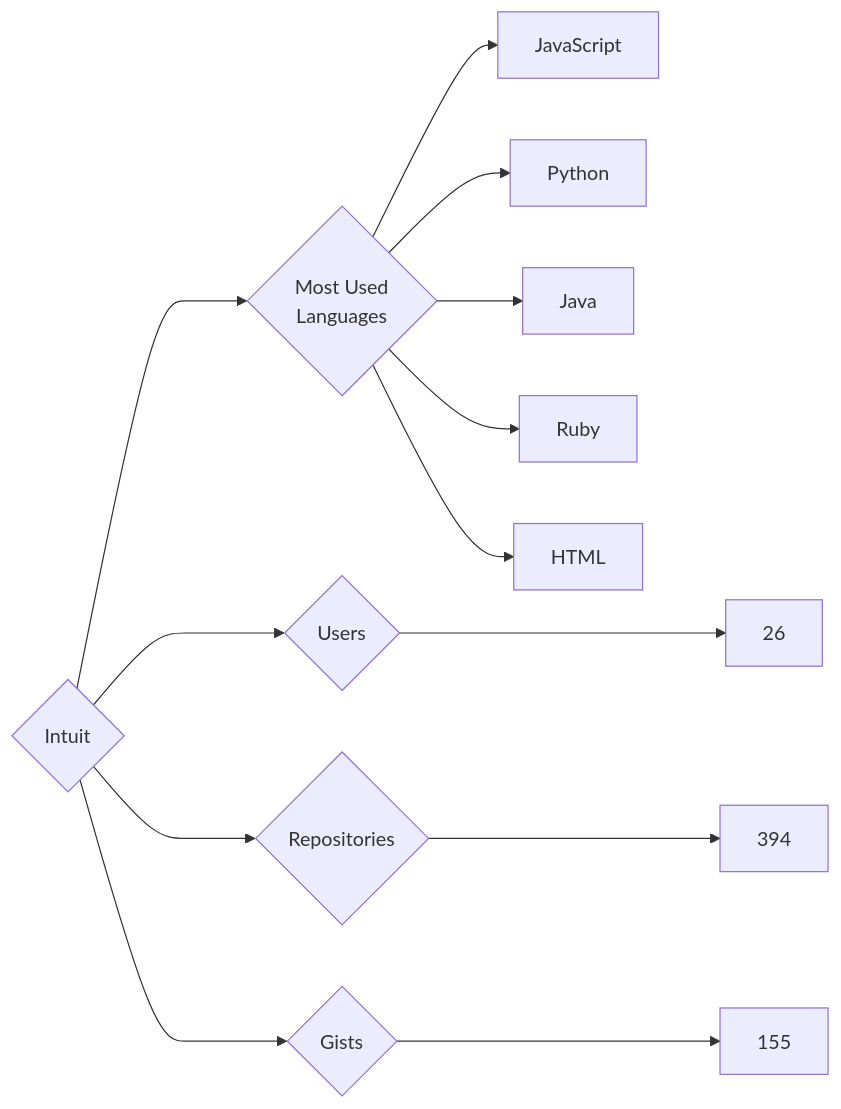
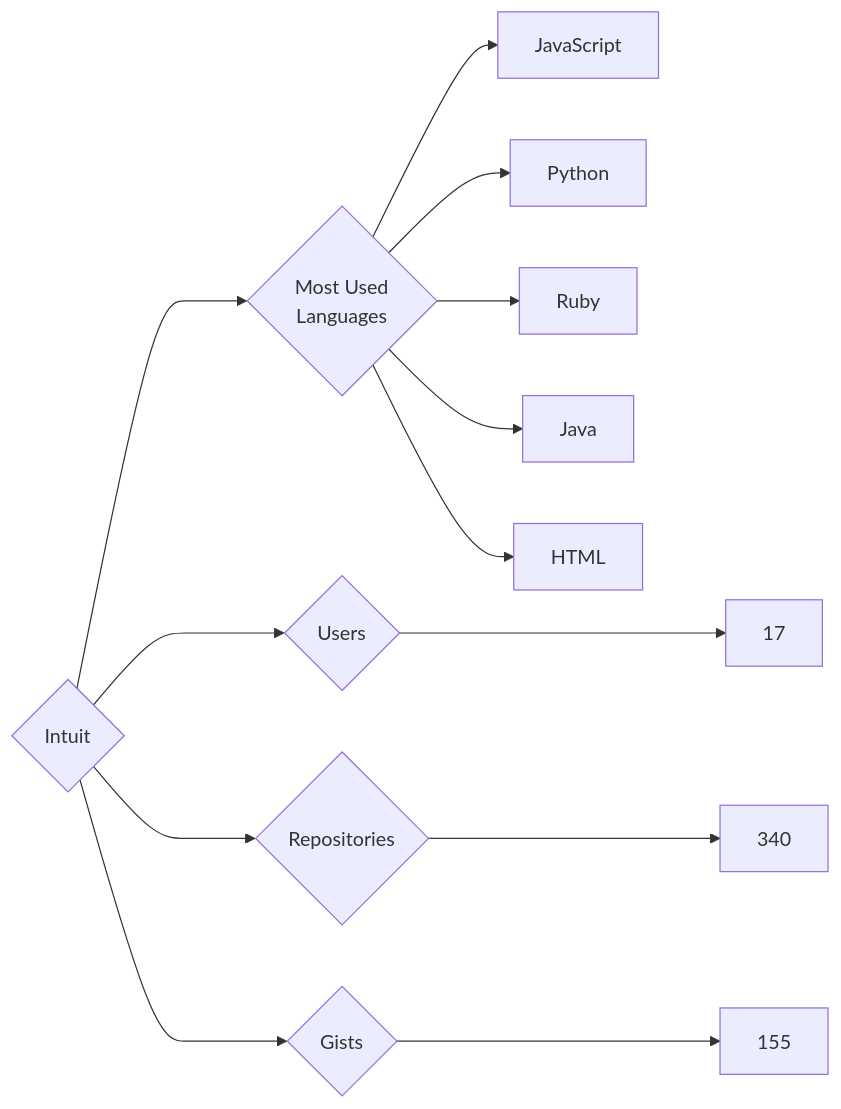
The diagram in targets/Intuit/README.md (trickest/insiders), drawn with Mermaid before and after one commit. The commit also changed 679 other files, not shown here.

````diff
--- a/targets/Intuit/README.md
+++ b/targets/Intuit/README.md
@@ -3,13 +3,13 @@
 ```mermaid
 graph LR
 COMPANY_NAME{Intuit}
-COMPANY_NAME ---> U{Users} ---> UN[26]
-COMPANY_NAME ---> R{Repositories} ---> RN[394]
+COMPANY_NAME ---> U{Users} ---> UN[17]
+COMPANY_NAME ---> R{Repositories} ---> RN[340]
 COMPANY_NAME ---> G{Gists} ---> GN[155]
 COMPANY_NAME ---> ML{Most Used<br>Languages}
 ML --> JavaScript[JavaScript]
 ML --> Python[Python]
+ML --> Ruby[Ruby]
 ML --> Java[Java]
-ML --> Ruby[Ruby]
 ML --> HTML[HTML]
 ```
````
